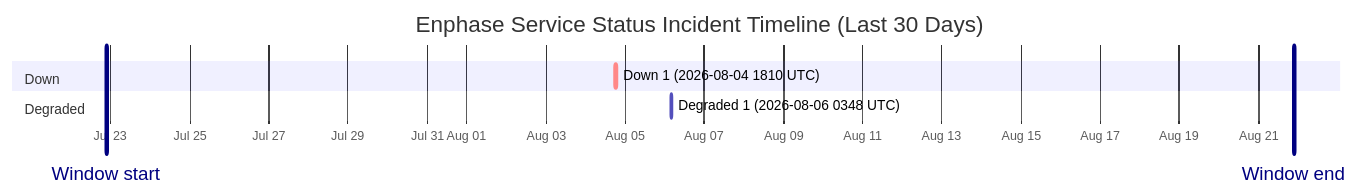
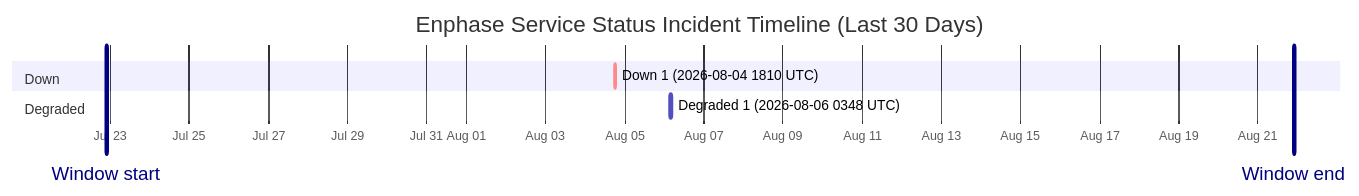
The diagram in wiki/Service-Status-History.md (barneyonline/ha-enphase-energy), drawn with Mermaid before and after one commit. The commit also changed other lines of this file and 3 other files, not shown here.

````diff
--- a/wiki/Service-Status-History.md
+++ b/wiki/Service-Status-History.md
@@ -14,12 +14,12 @@
 ```mermaid
 gantt
     title Enphase Service Status Incident Timeline (Last 30 Days)
     dateFormat  YYYY-MM-DDTHH:mm:ss
     axisFormat  %b %d
-    Window start :vert, window-start, 2026-07-22T21:21:44, 0ms
-    Window end :vert, window-end, 2026-08-21T21:21:44, 0ms
+    Window start :vert, window-start, 2026-07-22T21:48:24, 0ms
+    Window end :vert, window-end, 2026-08-21T21:48:24, 0ms
     section Down
     Down 1 (2026-08-04 1810 UTC) :crit, down-1, 2026-08-04T18:10:46, 60m
     section Degraded
     Degraded 1 (2026-08-06 0348 UTC) :active, degraded-1, 2026-08-06T03:48:14, 60m
 ```
````
